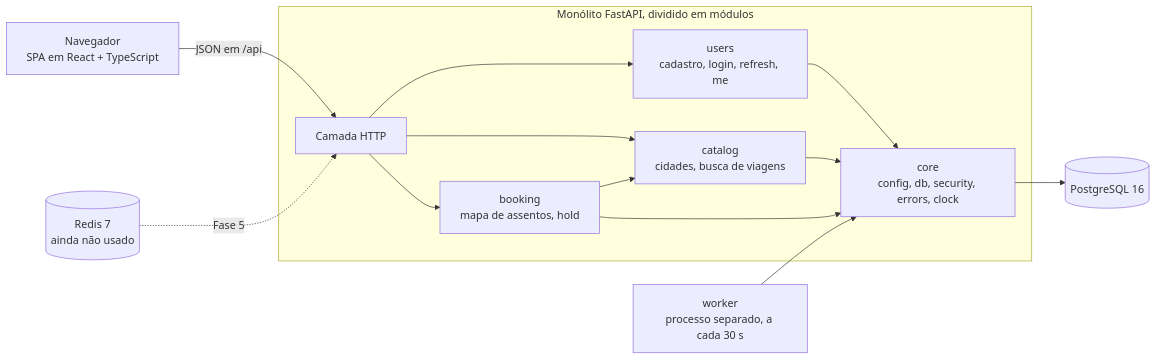
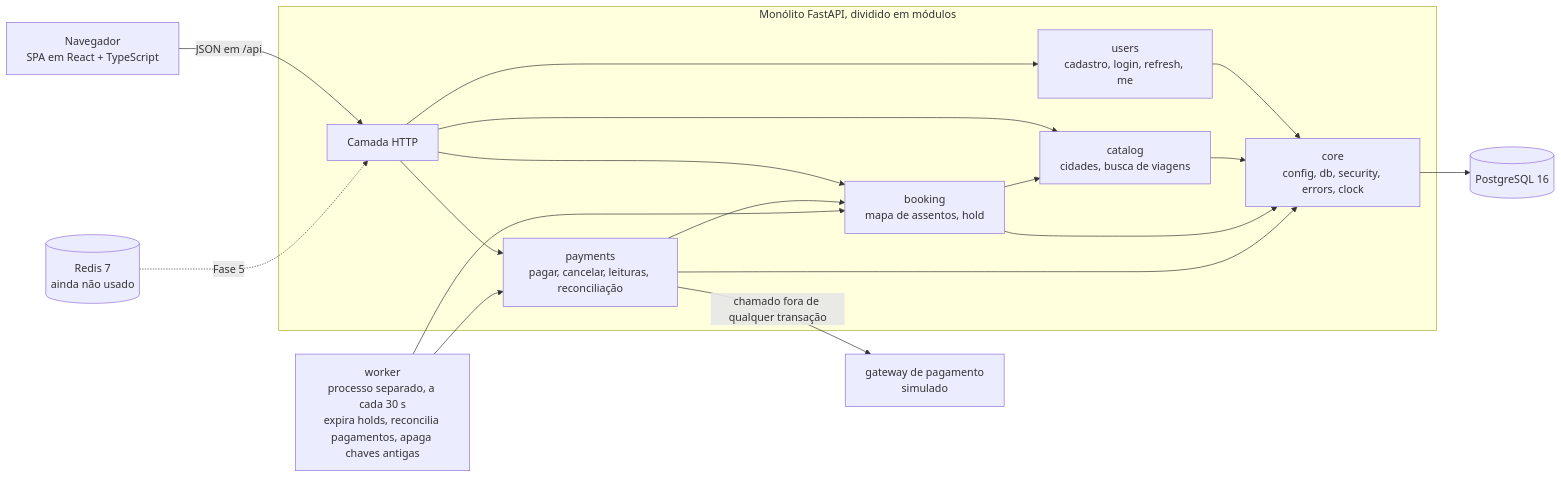
Before and after one commit to Prabovn7/bus-ticket-api: the diagram in README.pt-BR.md, drawn with Mermaid. The commit also changed other lines of this file and 1 other file, not shown here.

````diff
--- a/README.pt-BR.md
+++ b/README.pt-BR.md
@@ -38,18 +44,23 @@
 ```mermaid
 flowchart LR
     B["Navegador<br/>SPA em React + TypeScript"] -->|"JSON em /api"| A
 
     subgraph M["Monólito FastAPI, dividido em módulos"]
         A["Camada HTTP"] --> U["users<br/>cadastro, login, refresh, me"]
         A --> C["catalog<br/>cidades, busca de viagens"]
         A --> BK["booking<br/>mapa de assentos, hold"]
+        A --> PY["payments<br/>pagar, cancelar, leituras, reconciliação"]
         BK --> C
+        PY --> BK
         U --> K["core<br/>config, db, security, errors, clock"]
         C --> K
         BK --> K
+        PY --> K
     end
 
-    X["worker<br/>processo separado, a cada 30 s"] --> K
+    PY -->|"chamado fora de qualquer transação"| G["gateway de pagamento<br/>simulado"]
+    X["worker<br/>processo separado, a cada 30 s<br/>expira holds, reconcilia pagamentos, apaga chaves antigas"] --> BK
+    X --> PY
     K --> P[("PostgreSQL 16")]
     R[("Redis 7<br/>ainda não usado")] -.->|"Fase 5"| A
 ```
````
